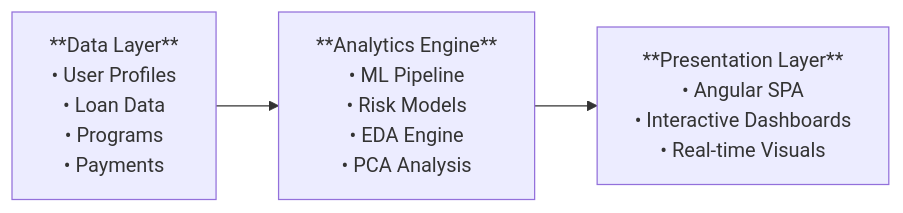
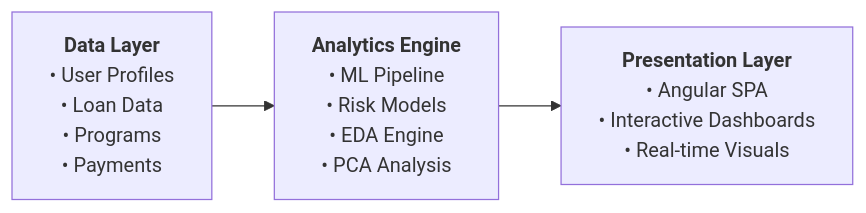
Before and after one commit to antongeorgescu/delinquency-data-management-website: the diagram in DDMS_Presentation.md, drawn with Mermaid.

Commit message:
updated mermaid diagram in slide-based presentation

````diff
--- a/DDMS_Presentation.md
+++ b/DDMS_Presentation.md
@@ -52,8 +52,8 @@
 ```mermaid
 flowchart LR
-    DL["**Data Layer**<br/>• User Profiles<br/>• Loan Data<br/>• Programs<br/>• Payments"]
-    AE["**Analytics Engine**<br/>• ML Pipeline<br/>• Risk Models<br/>• EDA Engine<br/>• PCA Analysis"]
-    PL["**Presentation Layer**<br/>• Angular SPA<br/>• Interactive Dashboards<br/>• Real-time Visuals"]
+    DL["<b>Data Layer</b><br/>• User Profiles<br/>• Loan Data<br/>• Programs<br/>• Payments"]
+    AE["<b>Analytics Engine</b><br/>• ML Pipeline<br/>• Risk Models<br/>• EDA Engine<br/>• PCA Analysis"]
+    PL["<b>Presentation Layer</b><br/>• Angular SPA<br/>• Interactive Dashboards<br/>• Real-time Visuals"]
 
     DL --> AE --> PL
 ```
````
